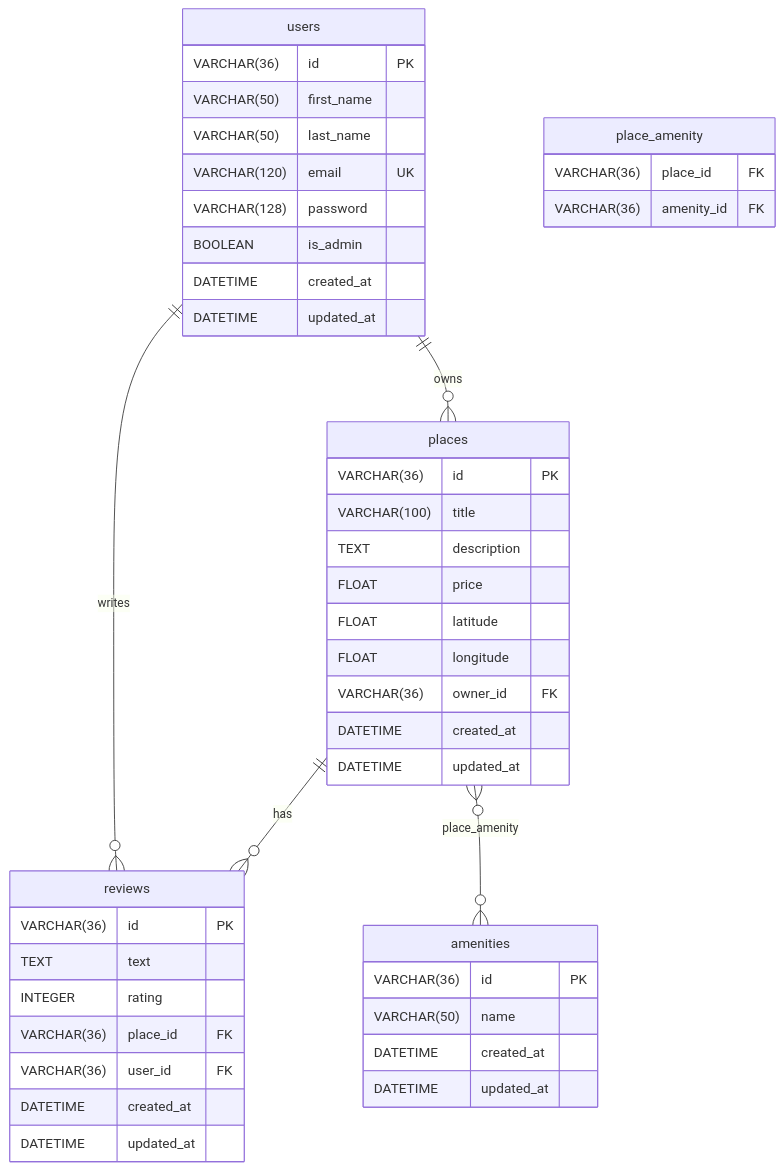
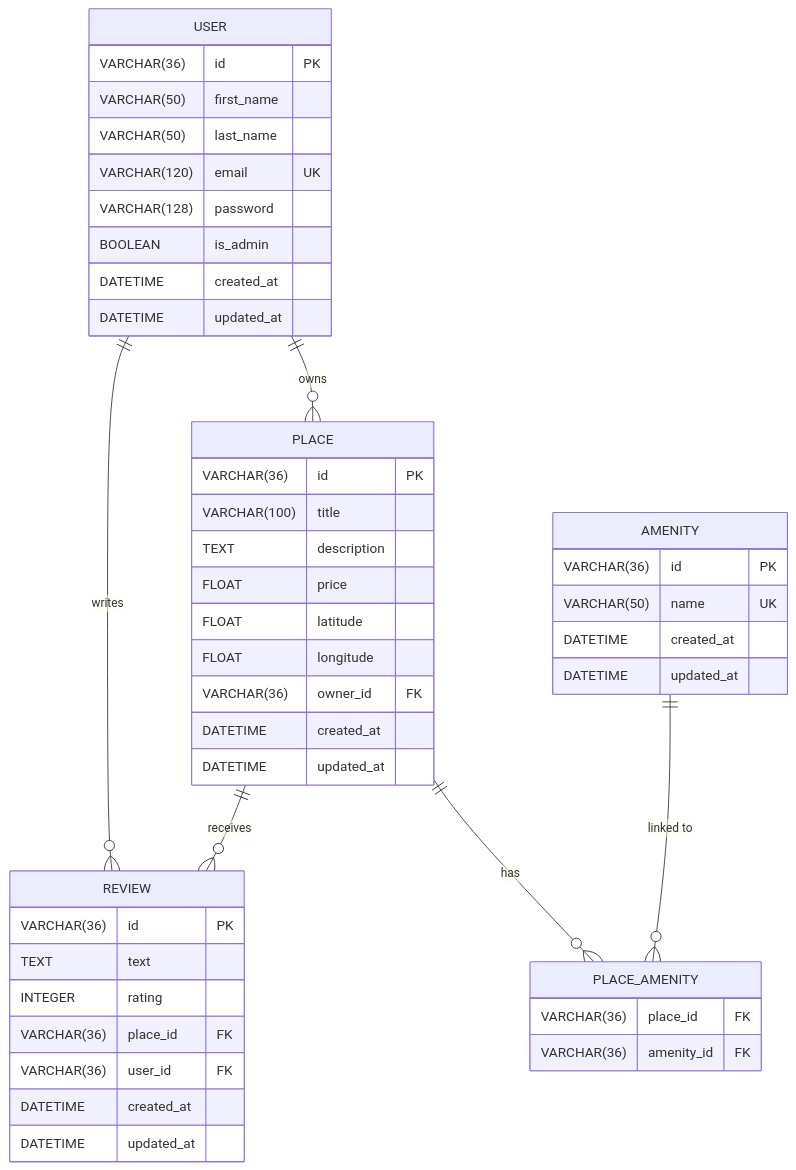
Before and after one commit to Annonym12345/holbertonschool-hbnb: the diagram in part3/sql_scripts/er_diagram.md, drawn with Mermaid. The commit also changed other lines of this file and 33 other files, not shown here.

````diff
--- a/part3/sql_scripts/er_diagram.md
+++ b/part3/sql_scripts/er_diagram.md
@@ -1,48 +3,53 @@
 ```mermaid
 erDiagram
-    users {
-        VARCHAR(36)  id          PK
+    USER {
+        VARCHAR(36)  id         PK
         VARCHAR(50)  first_name
         VARCHAR(50)  last_name
-        VARCHAR(120) email       UK
+        VARCHAR(120) email      UK
         VARCHAR(128) password
         BOOLEAN      is_admin
         DATETIME     created_at
         DATETIME     updated_at
     }
-    places {
-        VARCHAR(36)  id         PK
+
+    PLACE {
+        VARCHAR(36)  id          PK
         VARCHAR(100) title
         TEXT         description
         FLOAT        price
         FLOAT        latitude
         FLOAT        longitude
-        VARCHAR(36)  owner_id   FK
+        VARCHAR(36)  owner_id    FK
         DATETIME     created_at
         DATETIME     updated_at
     }
-    reviews {
+
+    REVIEW {
         VARCHAR(36) id         PK
         TEXT        text
         INTEGER     rating
         VARCHAR(36) place_id   FK
         VARCHAR(36) user_id    FK
         DATETIME    created_at
         DATETIME    updated_at
     }
-    amenities {
+
+    AMENITY {
         VARCHAR(36) id         PK
-        VARCHAR(50) name
+        VARCHAR(50) name       UK
         DATETIME    created_at
         DATETIME    updated_at
     }
-    place_amenity {
+
+    PLACE_AMENITY {
         VARCHAR(36) place_id   FK
         VARCHAR(36) amenity_id FK
     }
 
-    users    ||--o{ places    : "owns"
-    users    ||--o{ reviews   : "writes"
-    places   ||--o{ reviews   : "has"
-    places   }o--o{ amenities : "place_amenity"
+    USER    ||--o{ PLACE        : "owns"
+    USER    ||--o{ REVIEW       : "writes"
+    PLACE   ||--o{ REVIEW       : "receives"
+    PLACE   ||--o{ PLACE_AMENITY : "has"
+    AMENITY ||--o{ PLACE_AMENITY : "linked to"
 ```
````
